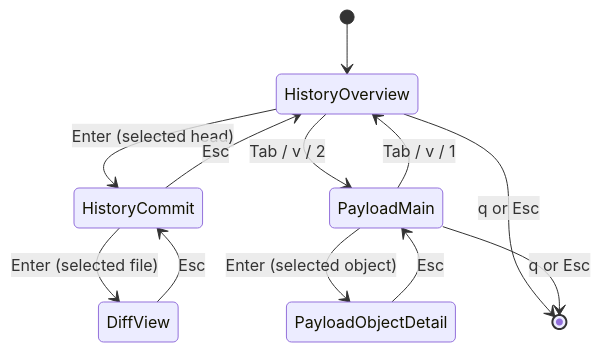
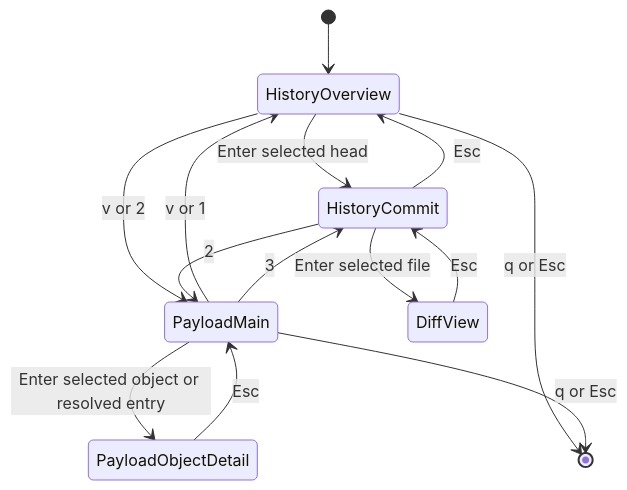
One commit to daredem0/git-sync changed diagram 13 of 14 in SDD_SAD.md. Above: the diagram before and after it, drawn with Mermaid. The commit also changed other lines of this file and 1 other file, not shown here.

````diff
--- a/SDD_SAD.md
+++ b/SDD_SAD.md
@@ -720,14 +720,16 @@
 ```mermaid
 stateDiagram-v2
     [*] --> HistoryOverview
-    HistoryOverview --> HistoryCommit: Enter (selected head)
-    HistoryOverview --> PayloadMain: Tab / v / 2
-    PayloadMain --> HistoryOverview: Tab / v / 1
-    HistoryCommit --> DiffView: Enter (selected file)
+    HistoryOverview --> HistoryCommit: Enter selected head
+    HistoryOverview --> PayloadMain: v or 2
+    HistoryCommit --> PayloadMain: 2
+    PayloadMain --> HistoryOverview: v or 1
+    PayloadMain --> HistoryCommit: 3
+    HistoryCommit --> DiffView: Enter selected file
     DiffView --> HistoryCommit: Esc
-    PayloadMain --> PayloadObjectDetail: Enter (selected object)
+    PayloadMain --> PayloadObjectDetail: Enter selected object or resolved entry
     PayloadObjectDetail --> PayloadMain: Esc
     HistoryCommit --> HistoryOverview: Esc
     HistoryOverview --> [*]: q or Esc
     PayloadMain --> [*]: q or Esc
 ```
````
